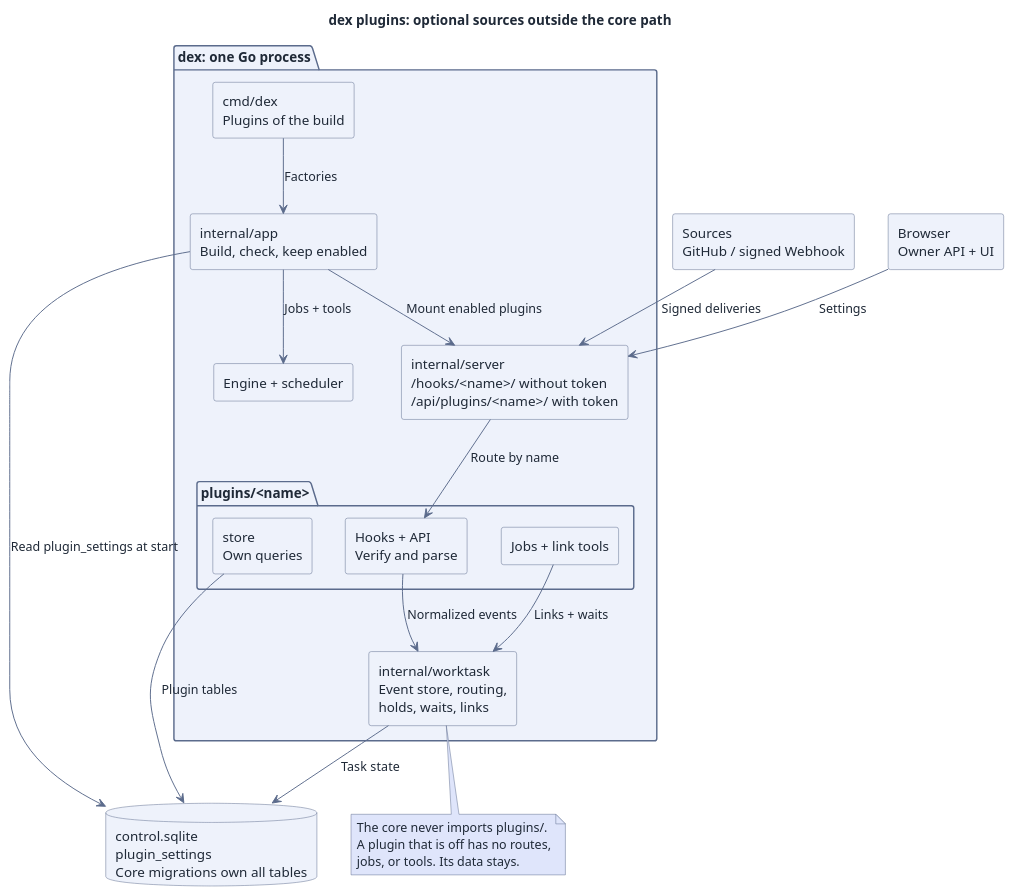
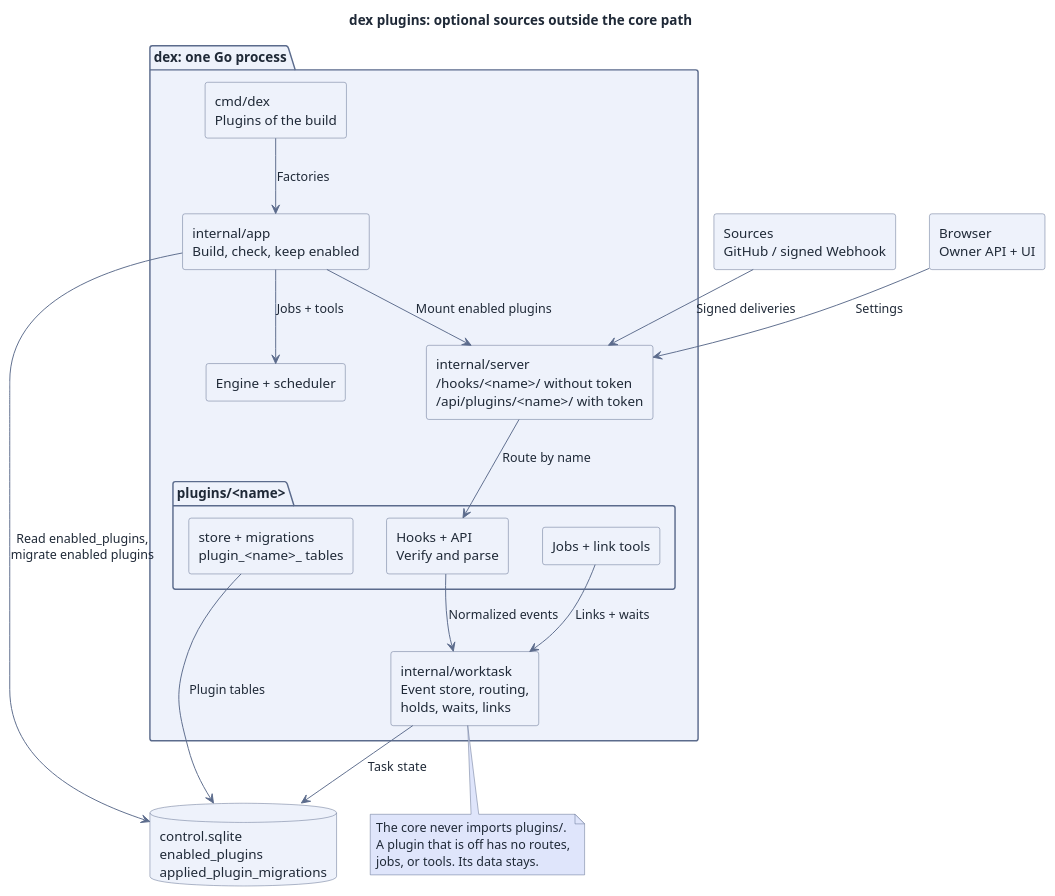
Before and after one commit to recally-io/dex: the diagram in assets/src/plugins.puml, drawn with PlantUML. The commit also changed 58 other files, not shown here.

First line of the commit message:
plugin: let each plugin own and migrate its tables (#243)

```diff
--- a/assets/src/plugins.puml
+++ b/assets/src/plugins.puml
@@ -1,85 +1,85 @@
 @startuml
 skinparam RectangleBackgroundColor #eef2fb
 skinparam RectangleBorderColor #5b6b8c
 skinparam RectangleFontColor #1f2937
 skinparam ComponentBackgroundColor #eef2fb
 skinparam ComponentBorderColor #5b6b8c
 skinparam ComponentFontColor #1f2937
 skinparam ClassBackgroundColor #eef2fb
 skinparam ClassBorderColor #5b6b8c
 skinparam ClassFontColor #1f2937
 skinparam UsecaseBackgroundColor #eef2fb
 skinparam UsecaseBorderColor #5b6b8c
 skinparam UsecaseFontColor #1f2937
 skinparam DatabaseBackgroundColor #eef2fb
 skinparam DatabaseBorderColor #5b6b8c
 skinparam DatabaseFontColor #1f2937
 skinparam NodeBackgroundColor #eef2fb
 skinparam NodeBorderColor #5b6b8c
 skinparam NodeFontColor #1f2937
 skinparam ActorBackgroundColor #eef2fb
 skinparam ActorBorderColor #5b6b8c
 skinparam ActorFontColor #1f2937
 skinparam StateBackgroundColor #eef2fb
 skinparam StateBorderColor #5b6b8c
 skinparam StateFontColor #1f2937
 skinparam ArtifactBackgroundColor #eef2fb
 skinparam ArtifactBorderColor #5b6b8c
 skinparam ArtifactFontColor #1f2937
 skinparam CloudBackgroundColor #eef2fb
 skinparam CloudBorderColor #5b6b8c
 skinparam CloudFontColor #1f2937
 skinparam FolderBackgroundColor #eef2fb
 skinparam FolderBorderColor #5b6b8c
 skinparam FolderFontColor #1f2937
 skinparam PackageBackgroundColor #eef2fb
 skinparam PackageBorderColor #5b6b8c
 skinparam DefaultFontColor #1f2937
 skinparam ArrowColor #5b6b8c
 skinparam ArrowFontColor #1f2937
 skinparam NoteBackgroundColor #dfe5fb
 skinparam NoteBorderColor #5b6b8c
 skinparam NoteFontColor #1f2937
 skinparam stereotypeABackgroundColor #d9e3f4
 skinparam stereotypeABorderColor #5b6b8c
 skinparam stereotypeCBackgroundColor #d9e3f4
 skinparam stereotypeCBorderColor #5b6b8c
 skinparam stereotypeEBackgroundColor #d9e3f4
 skinparam stereotypeEBorderColor #5b6b8c
 skinparam stereotypeIBackgroundColor #d9e3f4
 skinparam stereotypeIBorderColor #5b6b8c
 skinparam BackgroundColor #ffffff
 title dex plugins: optional sources outside the core path
 top to bottom direction
 rectangle "Sources\nGitHub / signed Webhook" as sources
 rectangle "Browser\nOwner API + UI" as browser
 package "dex: one Go process" as runtime {
   rectangle "cmd/dex\nPlugins of the build" as cmd
   rectangle "internal/app\nBuild, check, keep enabled" as app
   rectangle "internal/server\n/hooks/<name>/ without token\n/api/plugins/<name>/ with token" as server
   package "plugins/<name>" as plugin {
     rectangle "Hooks + API\nVerify and parse" as handlers
     rectangle "Jobs + link tools" as extras
-    rectangle "store\nOwn queries" as pstore
+    rectangle "store + migrations\nplugin_<name>_ tables" as pstore
   }
   rectangle "internal/worktask\nEvent store, routing,\nholds, waits, links" as worktask
   rectangle "Engine + scheduler" as core
 }
-database "control.sqlite\nplugin_settings\nCore migrations own all tables" as cdb
+database "control.sqlite\nenabled_plugins\napplied_plugin_migrations" as cdb
 cmd --> app : Factories
-app --> cdb : Read plugin_settings at start
+app --> cdb : Read enabled_plugins,\nmigrate enabled plugins
 app --> server : Mount enabled plugins
 app --> core : Jobs + tools
 sources --> server : Signed deliveries
 browser --> server : Settings
 server --> handlers : Route by name
 handlers --> worktask : Normalized events
 extras --> worktask : Links + waits
 pstore --> cdb : Plugin tables
 worktask --> cdb : Task state
 note bottom of worktask
   The core never imports plugins/.
   A plugin that is off has no routes,
   jobs, or tools. Its data stays.
 end note
 @enduml
```
